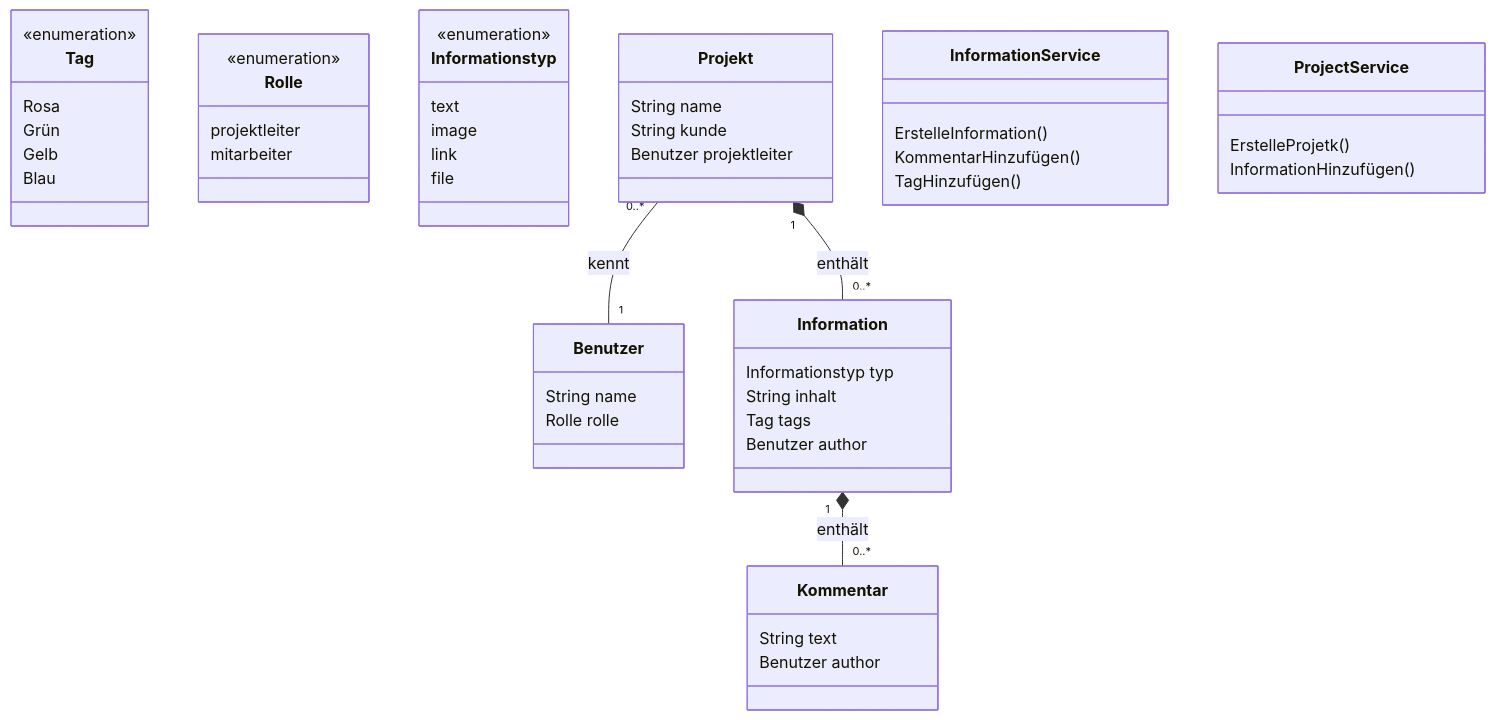
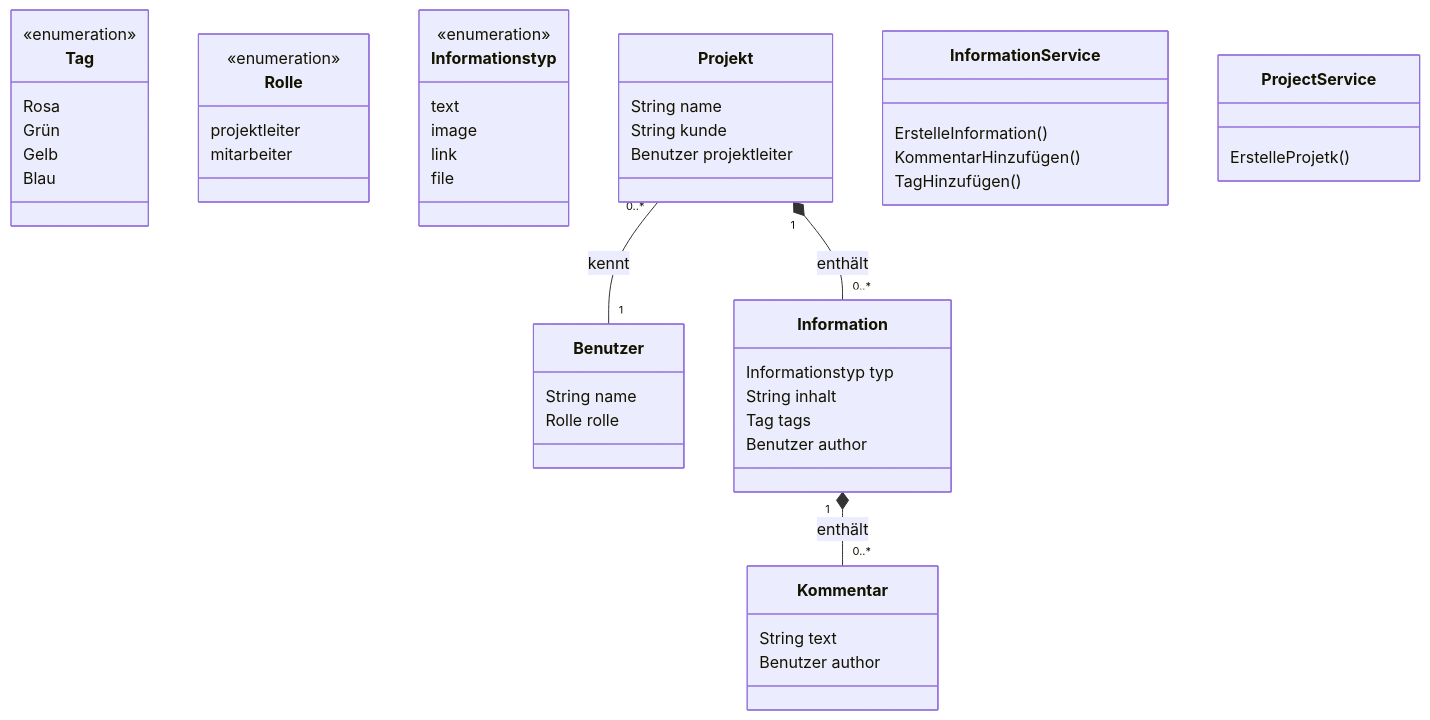
One commit to salome2246/Projektarbeit_Verwaltungssystem changed the diagram in Dokumentaion/klassendiagramm/KDAdvancedVarainte.mmd. Above: the diagram before and after it, drawn with Mermaid. The commit also changed 1 other file, not shown here.

```diff
--- a/Dokumentaion/klassendiagramm/KDAdvancedVarainte.mmd
+++ b/Dokumentaion/klassendiagramm/KDAdvancedVarainte.mmd
@@ -1,66 +1,66 @@
 classDiagram
 
 class Tag {
     <<enumeration>>
     Rosa
     Grün
     Gelb
     Blau
 }
 
 class Rolle {
     <<enumeration>>
     projektleiter
     mitarbeiter
 }
 class Informationstyp{
     <<enumeration>>
     text
     image
     link
     file
 }
 
 class Benutzer {
     String name
     Rolle rolle
 }
 
 class Projekt {
     String name
     String kunde
     Benutzer projektleiter
 }
 
 
 class Information {
     Informationstyp typ
     String inhalt
     Tag tags
     Benutzer author
     
 }
 
 
 class Kommentar {
     String text
     Benutzer author
 }
 
 
 class InformationService{
     ErstelleInformation()
     KommentarHinzufügen()
     TagHinzufügen()
 }
 
 class ProjectService{
     ErstelleProjetk()
-    InformationHinzufügen()  
+     
 }
 
 
 
 Projekt "0..*" -- "1" Benutzer: kennt
 Projekt "1" *-- "0..*" Information : enthält
 Information "1" *-- "0..*" Kommentar : enthält
```
